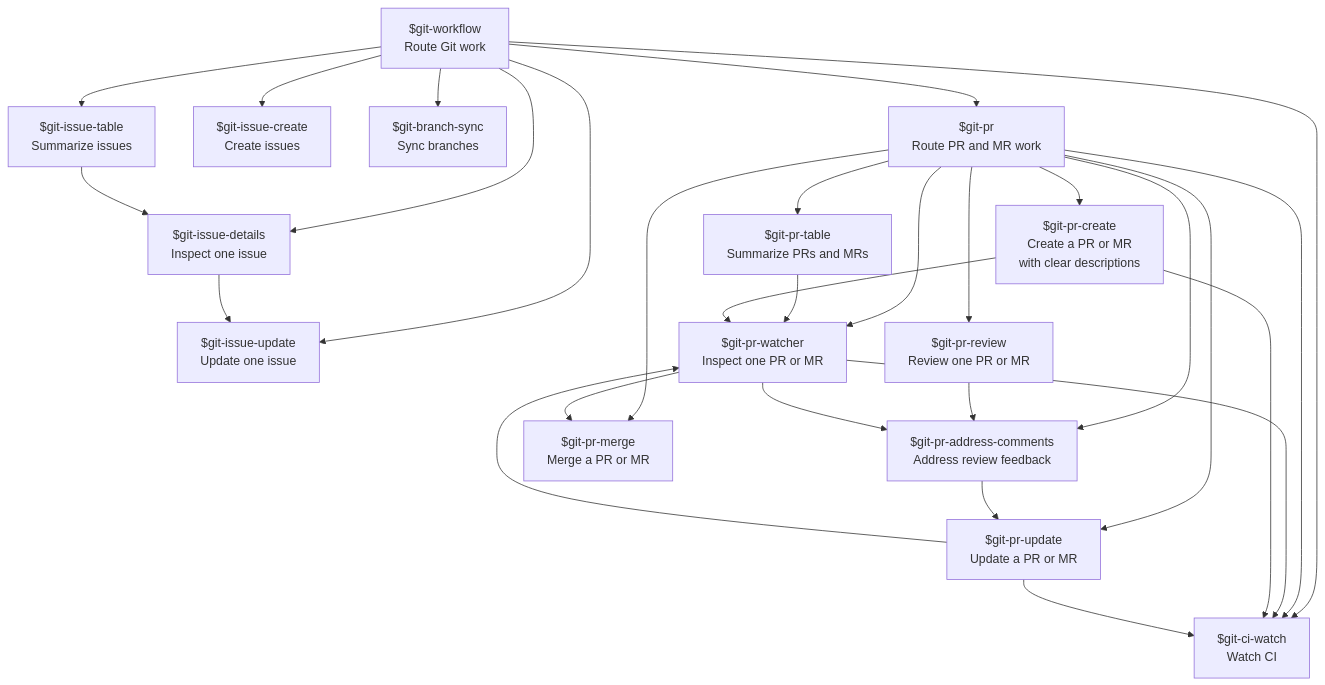
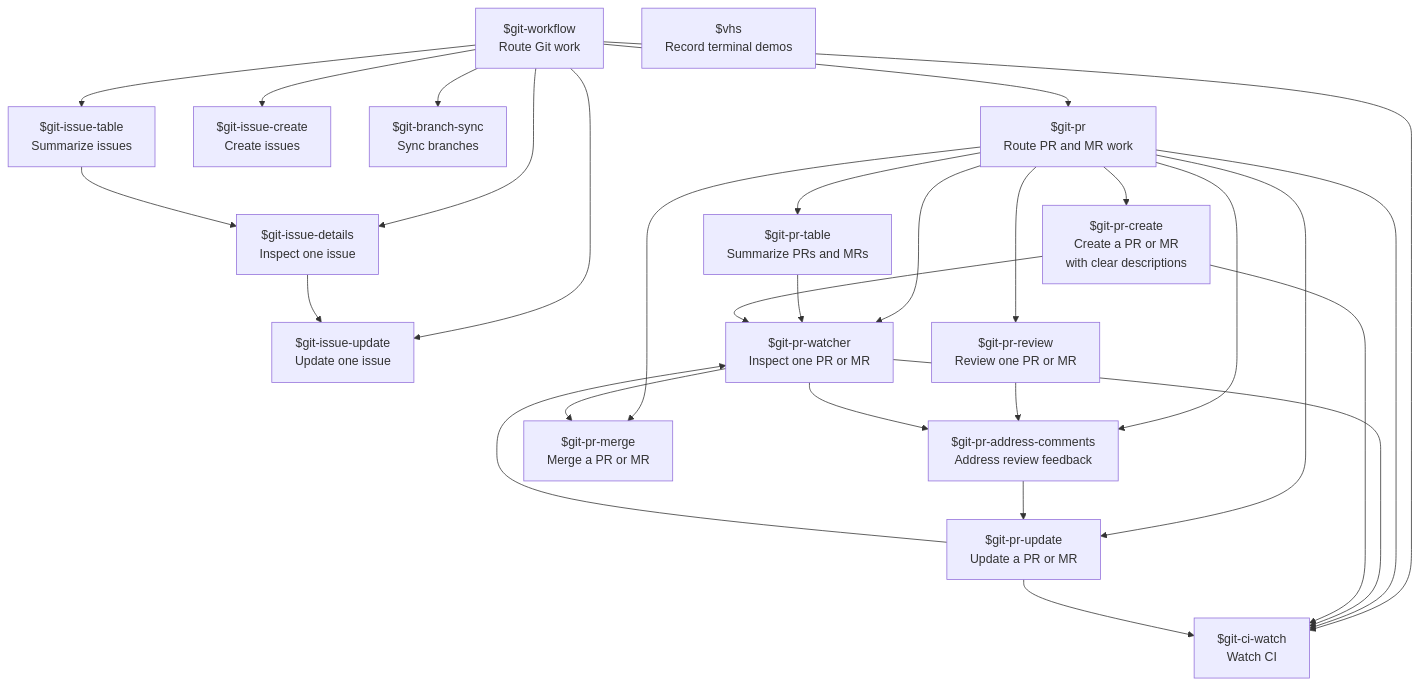
One commit to jeeftor/gitSkills changed the diagram in agent-matrix.md. Above: the diagram before and after it, drawn with Mermaid. The commit also changed other lines of this file and 11 other files, not shown here.

````diff
--- a/agent-matrix.md
+++ b/agent-matrix.md
@@ -3,46 +3,47 @@
 ```mermaid
 flowchart TD
     WORKFLOW["$git-workflow<br/>Route Git work"]
+    VHS["$vhs<br/>Record terminal demos"]
     ISSUE_TABLE["$git-issue-table<br/>Summarize issues"]
     ISSUE_DETAILS["$git-issue-details<br/>Inspect one issue"]
     ISSUE_CREATE["$git-issue-create<br/>Create issues"]
     ISSUE_UPDATE["$git-issue-update<br/>Update one issue"]
     BRANCH_SYNC["$git-branch-sync<br/>Sync branches"]
     PR["$git-pr<br/>Route PR and MR work"]
     PR_TABLE["$git-pr-table<br/>Summarize PRs and MRs"]
     PR_WATCHER["$git-pr-watcher<br/>Inspect one PR or MR"]
     PR_REVIEW["$git-pr-review<br/>Review one PR or MR"]
     PR_ADDRESS["$git-pr-address-comments<br/>Address review feedback"]
     CI_WATCH["$git-ci-watch<br/>Watch CI"]
     PR_CREATE["$git-pr-create<br/>Create a PR or MR<br/>with clear descriptions"]
     PR_UPDATE["$git-pr-update<br/>Update a PR or MR"]
     PR_MERGE["$git-pr-merge<br/>Merge a PR or MR"]
 
     WORKFLOW --> ISSUE_TABLE
     WORKFLOW --> ISSUE_DETAILS
     WORKFLOW --> ISSUE_CREATE
     WORKFLOW --> ISSUE_UPDATE
     WORKFLOW --> BRANCH_SYNC
     WORKFLOW --> PR
     WORKFLOW --> CI_WATCH
     ISSUE_TABLE --> ISSUE_DETAILS
     ISSUE_DETAILS --> ISSUE_UPDATE
     PR --> PR_TABLE
     PR --> PR_WATCHER
     PR --> PR_REVIEW
     PR --> PR_ADDRESS
     PR --> CI_WATCH
     PR --> PR_CREATE
     PR --> PR_UPDATE
     PR --> PR_MERGE
     PR_TABLE --> PR_WATCHER
     PR_REVIEW --> PR_ADDRESS
     PR_WATCHER --> CI_WATCH
     PR_WATCHER --> PR_ADDRESS
     PR_ADDRESS --> PR_UPDATE
     PR_CREATE --> PR_WATCHER
     PR_CREATE --> CI_WATCH
     PR_UPDATE --> CI_WATCH
     PR_UPDATE --> PR_WATCHER
     PR_WATCHER --> PR_MERGE
 ```
````
